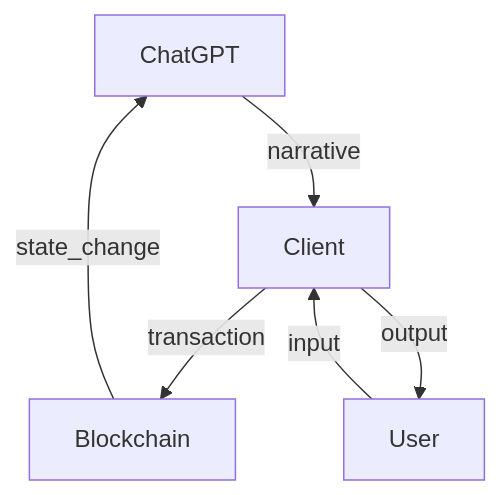
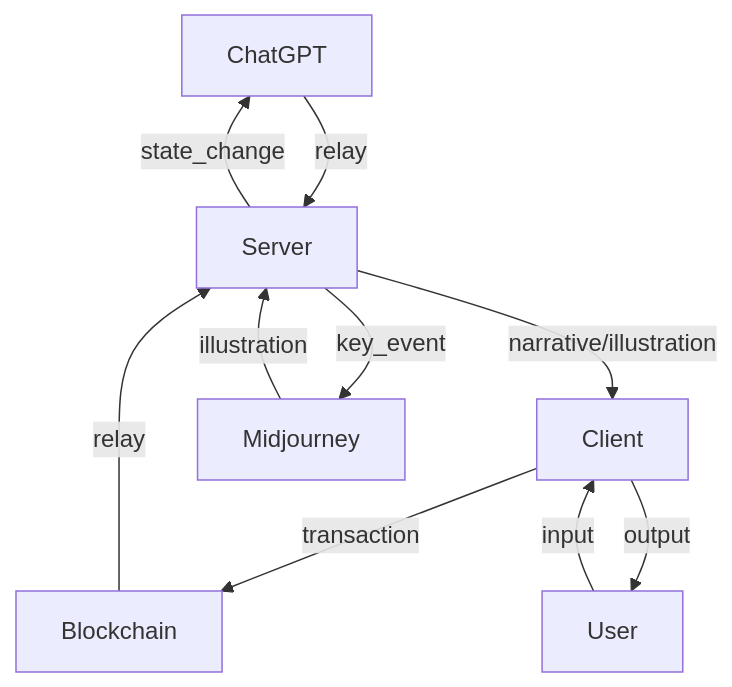
Before and after one commit to ProjectMythWeaver/MythWeaver: the diagram in packages/backend/README.md, drawn with Mermaid.

Commit message:
update design

````diff
--- a/packages/backend/README.md
+++ b/packages/backend/README.md
@@ -5,8 +5,12 @@
 ```mermaid
 graph TD;
-    ChatGPT-- narrative -->Client;
+    ChatGPT-- relay -->Server;
+    Server-- narrative/illustration -->Client;
     Client-- transaction -->Blockchain;
-    Blockchain-- state_change -->ChatGPT;
+    Blockchain-- relay -->Server;
+    Server-- state_change -->ChatGPT;
+    Server-- key_event -->Midjourney;
+    Midjourney--  illustration -->Server;
     Client-- output -->User;
     User-- input -->Client;
 ```
````
